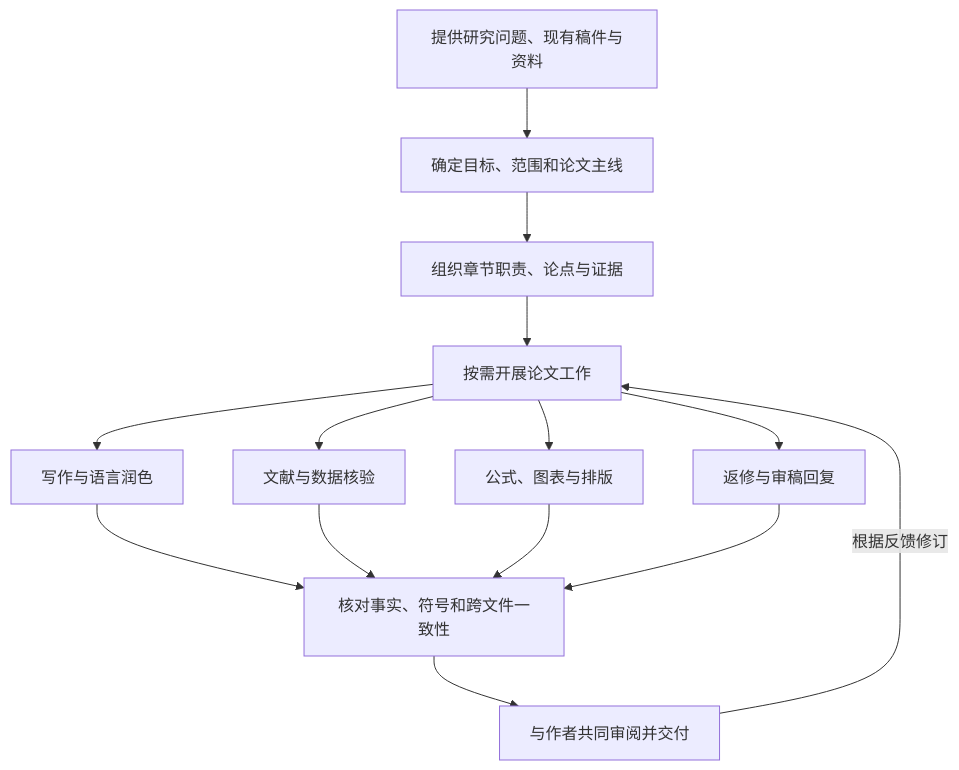
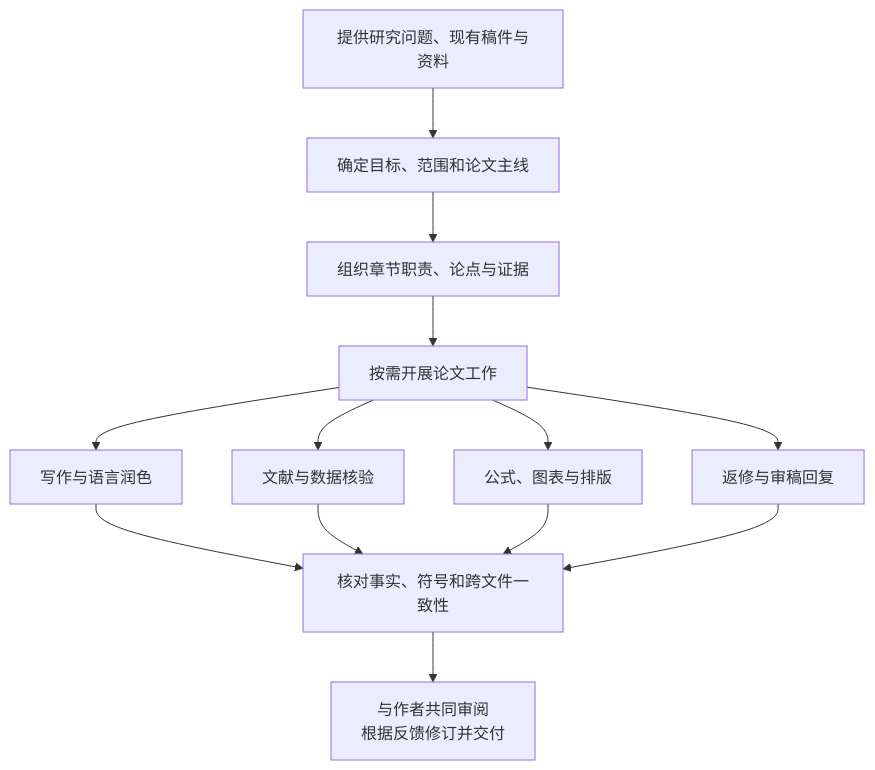
Before and after one commit to achnstu/Thesis-collaboration-framework: the first of 2 diagrams in README.md, drawn with Mermaid.

Commit message:
docs: align workflow nodes

````diff
--- a/README.md
+++ b/README.md
@@ -11,16 +11,15 @@
 ```mermaid
 flowchart TD
     A["提供研究问题、现有稿件与资料"] --> B["确定目标、范围和论文主线"]
     B --> C["组织章节职责、论点与证据"]
     C --> D["按需开展论文工作"]
     D --> E["写作与语言润色"]
     D --> F["文献与数据核验"]
     D --> G["公式、图表与排版"]
     D --> H["返修与审稿回复"]
     E --> I["核对事实、符号和跨文件一致性"]
     F --> I
     G --> I
     H --> I
-    I --> J["与作者共同审阅并交付"]
-    J -->|"根据反馈修订"| D
+    I --> J["与作者共同审阅<br/>根据反馈修订并交付"]
 ```
````
